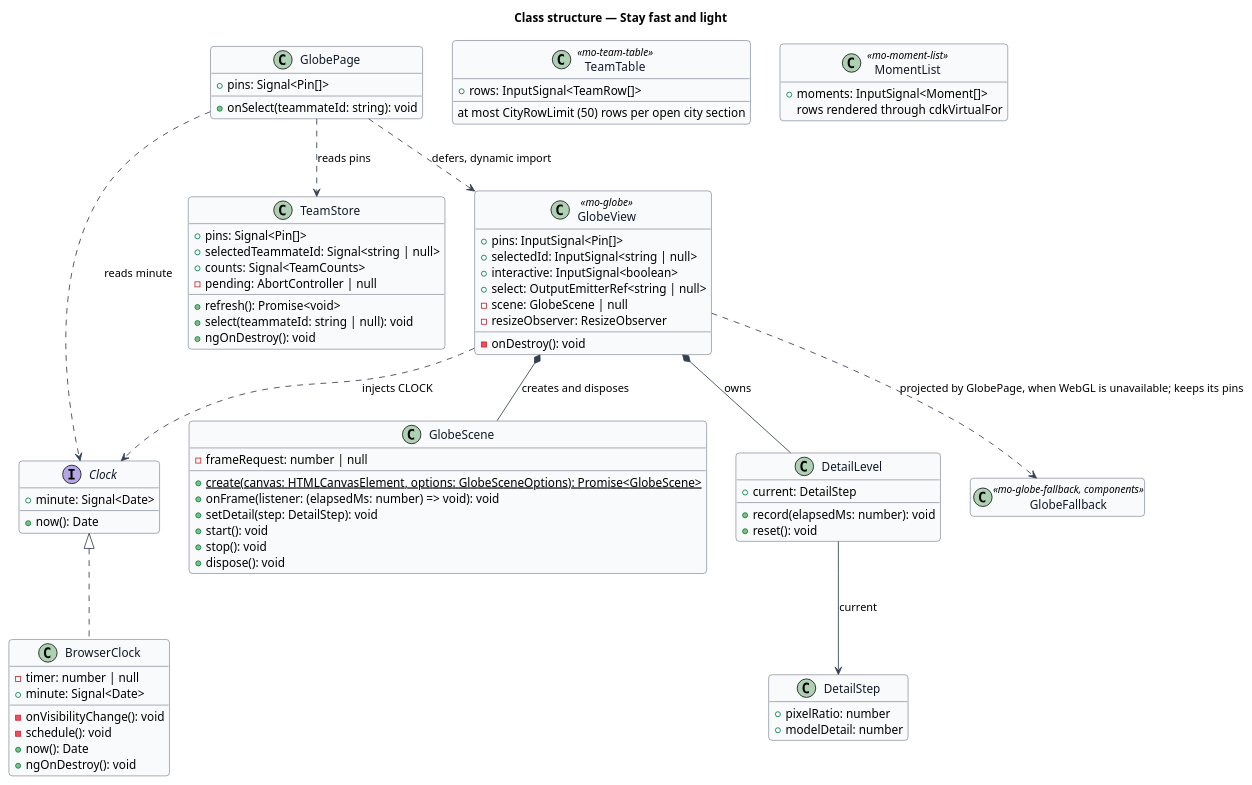
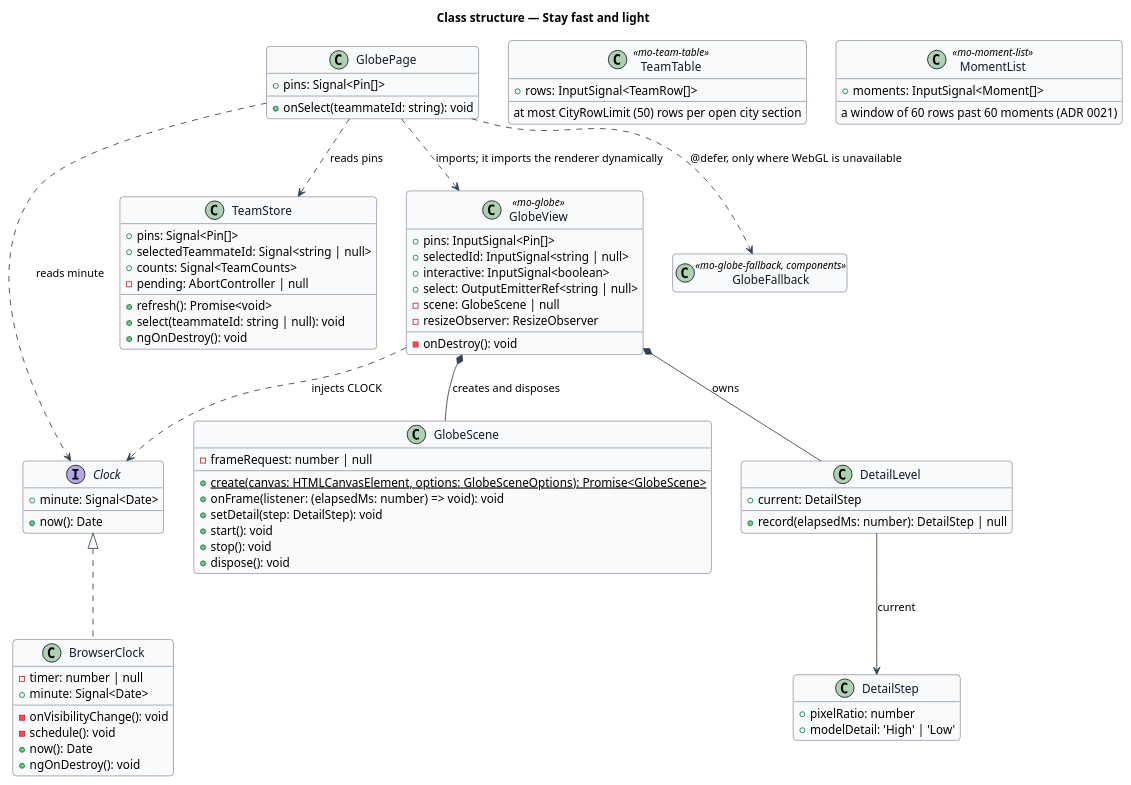
The diagram in docs/detailed-designs/platform/stay-fast-and-light/diagrams/class-structure.puml (QuinntyneBrown/Mondino), drawn with PlantUML before and after one commit. The commit also changed 12 other files, not shown here.

Commit message:
Decide how the Globe loads fast and steps its detail down

```diff
--- a/docs/detailed-designs/platform/stay-fast-and-light/diagrams/class-structure.puml
+++ b/docs/detailed-designs/platform/stay-fast-and-light/diagrams/class-structure.puml
@@ -1,97 +1,96 @@
 @startuml
 skinparam backgroundColor #FFFFFF
 skinparam shadowing false
 skinparam roundcorner 8
 skinparam defaultFontName Arial
 skinparam ArrowColor #344054
 skinparam class {
   BorderColor #344054
   FontColor #101828
   BackgroundColor #F9FAFB
 }
 hide empty members
 title Class structure — Stay fast and light
 
 interface Clock {
   +now(): Date
   +minute: Signal<Date>
 }
 
 class BrowserClock {
   -timer: number | null
   -onVisibilityChange(): void
   -schedule(): void
   +now(): Date
   +minute: Signal<Date>
   +ngOnDestroy(): void
 }
 
 class TeamStore {
   +pins: Signal<Pin[]>
   +selectedTeammateId: Signal<string | null>
   +counts: Signal<TeamCounts>
   -pending: AbortController | null
   +refresh(): Promise<void>
   +select(teammateId: string | null): void
   +ngOnDestroy(): void
 }
 
 class GlobePage {
   +pins: Signal<Pin[]>
   +onSelect(teammateId: string): void
 }
 
 class GlobeView <<mo-globe>> {
   +pins: InputSignal<Pin[]>
   +selectedId: InputSignal<string | null>
   +interactive: InputSignal<boolean>
   +select: OutputEmitterRef<string | null>
   -scene: GlobeScene | null
   -resizeObserver: ResizeObserver
   -onDestroy(): void
 }
 
 class GlobeScene {
   -frameRequest: number | null
   {static} +create(canvas: HTMLCanvasElement, options: GlobeSceneOptions): Promise<GlobeScene>
   +onFrame(listener: (elapsedMs: number) => void): void
   +setDetail(step: DetailStep): void
   +start(): void
   +stop(): void
   +dispose(): void
 }
 
 class DetailLevel {
   +current: DetailStep
-  +record(elapsedMs: number): void
-  +reset(): void
+  +record(elapsedMs: number): DetailStep | null
 }
 
 class DetailStep {
   +pixelRatio: number
-  +modelDetail: number
+  +modelDetail: 'High' | 'Low'
 }
 
 class GlobeFallback <<mo-globe-fallback, components>> {
 }
 
 class TeamTable <<mo-team-table>> {
   +rows: InputSignal<TeamRow[]>
   at most CityRowLimit (50) rows per open city section
 }
 
 class MomentList <<mo-moment-list>> {
   +moments: InputSignal<Moment[]>
-  rows rendered through cdkVirtualFor
+  a window of 60 rows past 60 moments (ADR 0021)
 }
 
 Clock <|.. BrowserClock
 GlobePage ..> TeamStore : reads pins
 GlobePage ..> Clock : reads minute
-GlobePage ..> GlobeView : defers, dynamic import
+GlobePage ..> GlobeView : imports; it imports the renderer dynamically
+GlobePage ..> GlobeFallback : @defer, only where WebGL is unavailable
 GlobeView *-- GlobeScene : creates and disposes
-GlobeView ..> GlobeFallback : projected by GlobePage, when WebGL is unavailable; keeps its pins
 GlobeView *-- DetailLevel : owns
 GlobeView ..> Clock : injects CLOCK
 DetailLevel --> DetailStep : current
 @enduml
```
